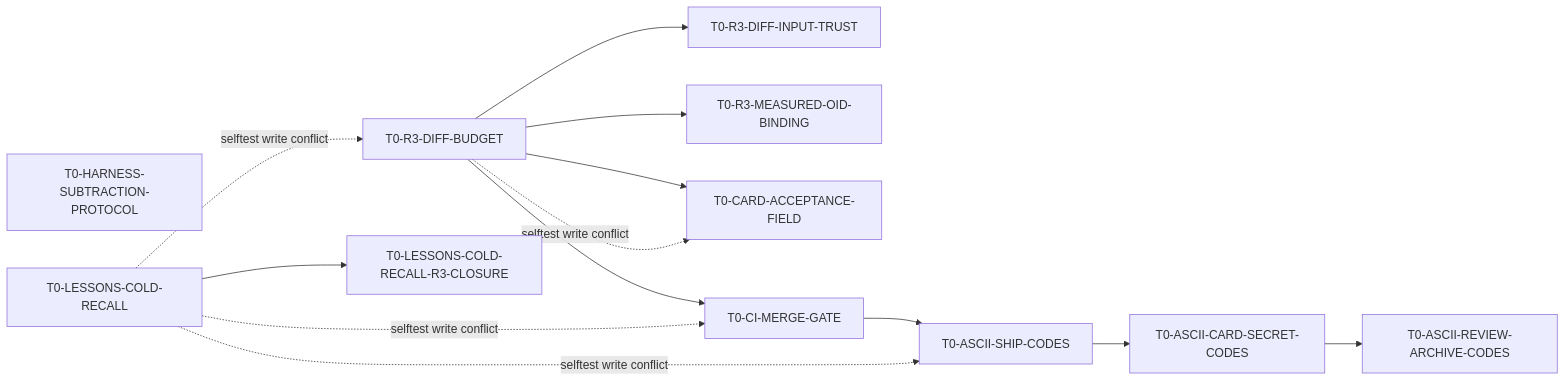
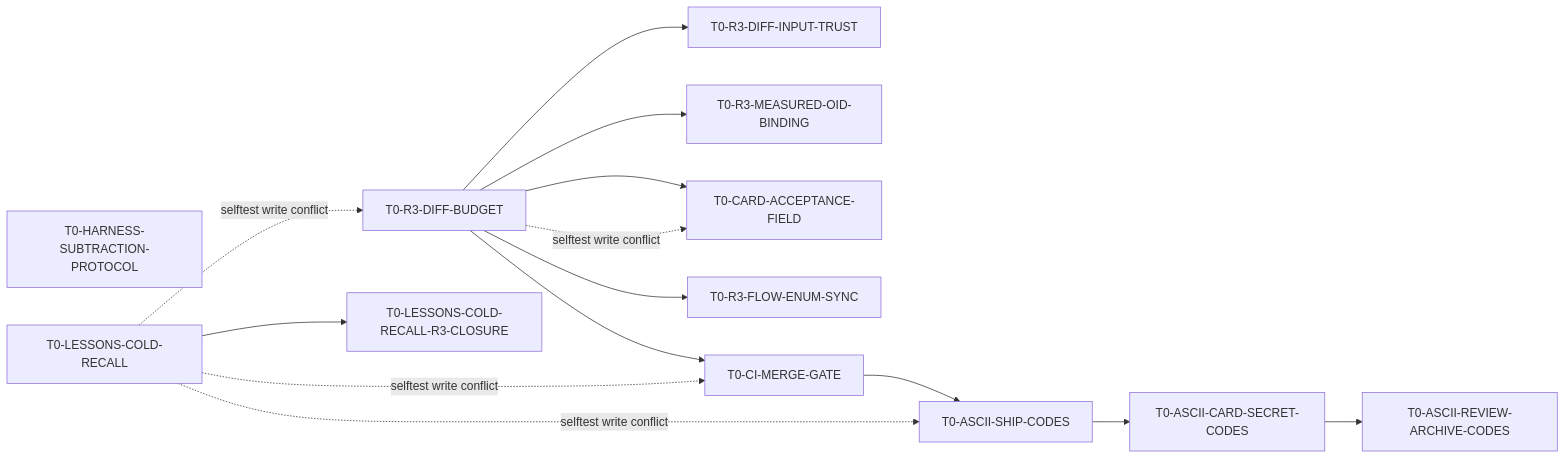
The diagram in docs/TASK-BOARD.md (Asun28/MyInspection), drawn with Mermaid before and after one commit. The commit also changed other lines of this file and 2 other files, not shown here.

Commit message:
cards: T0-R3-DIFF-BUDGET 第二次拆分——A13 移交 T0-R3-FLOW-ENUM-SYNC
母卡再次触到自己引入的上限：committed HEAD 量得 51,882 字符（在预算内），
加上第 2 轮 R3 的修复即 63,023 字符，超 60,000 上限 3,023。按母卡自身教义
（超限就拆、不许提高上限、不许删注释压线）沿契约缝再拆一次：A13 要的是文本同步，
与母卡其余的行为度量无共享代码面，可独立验证。

- 新卡 T0-R3-FLOW-ENUM-SYNC 带 A1–A9 封闭清单，含母卡漏掉的五处枚举
  （task.ps1:381/710/712/716、DEVOPS-WORKFLOW.md:144）与段落级提取器要求。
- 母卡 A13 槽位**永久留空、编号不重排**：acceptance id 是跨文件引用的锚，
  重排会让既有提交信息/评审 reason/测试注释静默失指。
- 母卡 A4/A5/A14 按 pre-R3 复核结论收紧：A4 要求两条非调用证据各配正控；
  A5 要求整行校验并补「前缀合法其余非法」夹具；A14 要求文档那两句本身被断言钉住。
- 记录一处度量误解：diffChars 数的是 UTF-16 字符不是字节，中文 diff 按字节估算
  会显著高估（本卡 65,542 字节 vs 51,882 字符）。判断是否被截断须用同一公式。

````diff
--- a/docs/TASK-BOARD.md
+++ b/docs/TASK-BOARD.md
@@ -125,17 +126,18 @@
 ```mermaid
 flowchart LR
   A[T0-R3-DIFF-BUDGET] --> A2[T0-R3-DIFF-INPUT-TRUST]
   A --> A3[T0-R3-MEASURED-OID-BINDING]
   A --> A4[T0-CARD-ACCEPTANCE-FIELD]
+  A --> A5[T0-R3-FLOW-ENUM-SYNC]
   A --> B[T0-CI-MERGE-GATE]
   B --> E[T0-ASCII-SHIP-CODES]
   E --> F[T0-ASCII-CARD-SECRET-CODES]
   F --> G[T0-ASCII-REVIEW-ARCHIVE-CODES]
   C[T0-HARNESS-SUBTRACTION-PROTOCOL]
   D[T0-LESSONS-COLD-RECALL]
   D --> H[T0-LESSONS-COLD-RECALL-R3-CLOSURE]
   A -.->|selftest write conflict| A4
   D -.->|selftest write conflict| A
   D -.->|selftest write conflict| B
   D -.->|selftest write conflict| E
 ```
````
